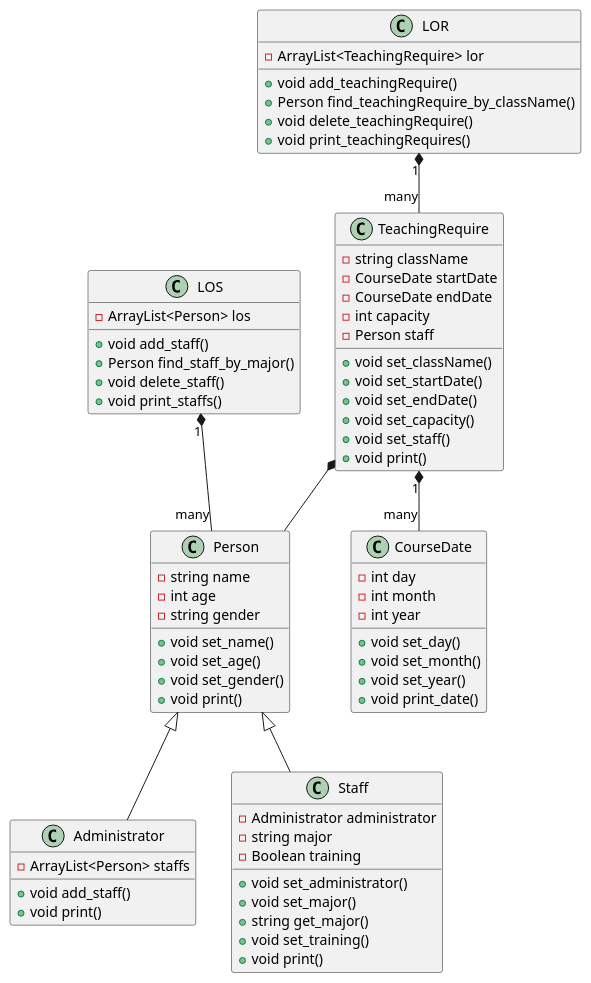
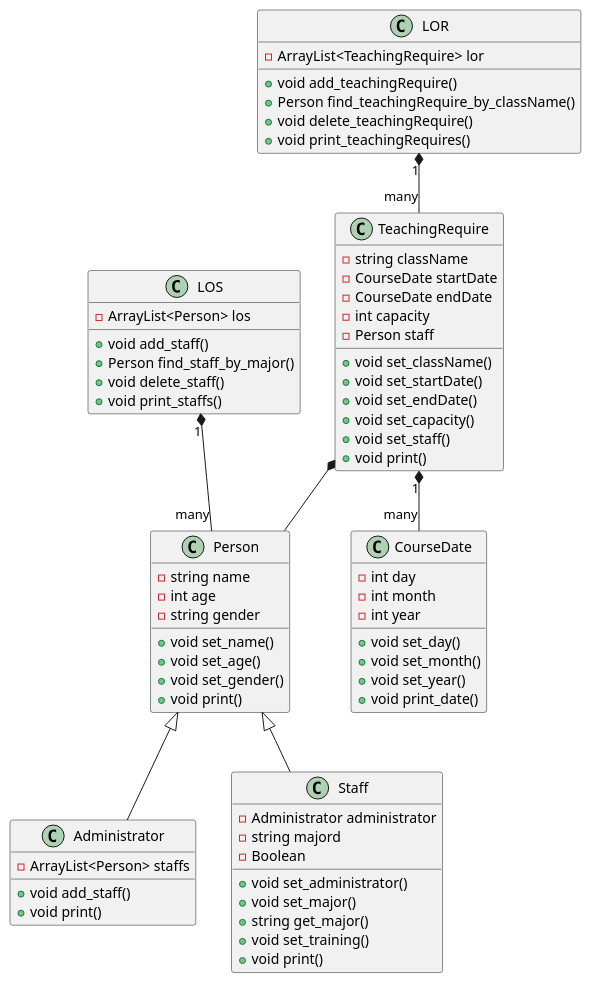
The diagram in UML/classdiagram.md (LancerMar/SEassessment2), drawn with PlantUML before and after one commit. The commit also changed 27 other files, not shown here.

```diff
--- a/UML/classdiagram.md
+++ b/UML/classdiagram.md
@@ -2,78 +2,78 @@
 @startuml
 
 class Person {
     - string name
     - int age
     - string gender
     + void set_name()
     + void set_age()
     + void set_gender()
     + void print()
 }
 
 class Administrator {
     - ArrayList<Person> staffs
     + void add_staff()
     + void print() 
 }
 
 class Staff {
     - Administrator administrator
-    - string major
-    - Boolean training
+    - string majord
+    - Boolean 
     + void set_administrator()
     + void set_major()
     + string get_major()
     + void set_training()
     + void print()
 }
 
 class LOS{
     - ArrayList<Person> los
     + void add_staff()
     + Person find_staff_by_major()
     + void delete_staff()
     + void print_staffs()
 }
 
 Person <|-- Administrator
 Person <|-- Staff
 LOS "1" *-- "many" Person
 
 class CourseDate{
     - int day
     - int month
     - int year
     + void set_day()
     + void set_month()
     + void set_year()
     + void print_date()
 }
 
 class TeachingRequire{
     - string className
     - CourseDate startDate
     - CourseDate endDate
     - int capacity
     - Person staff
     + void set_className()
     + void set_startDate()
     + void set_endDate()
     + void set_capacity()
     + void set_staff()
     + void print() 
 }
 
 class LOR{
     - ArrayList<TeachingRequire> lor
     + void add_teachingRequire()
     + Person find_teachingRequire_by_className()
     + void delete_teachingRequire()
     + void print_teachingRequires()
 }
 
 TeachingRequire "1" *-- "many" CourseDate
 LOR "1" *-- "many" TeachingRequire
 TeachingRequire *-- Person
 
 @enduml
```
